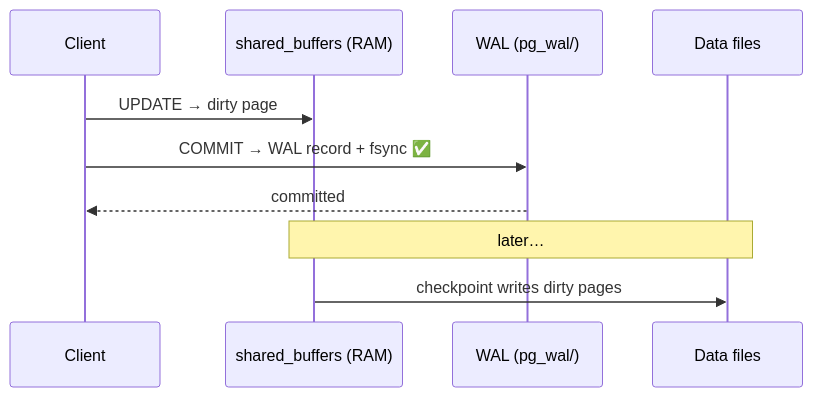
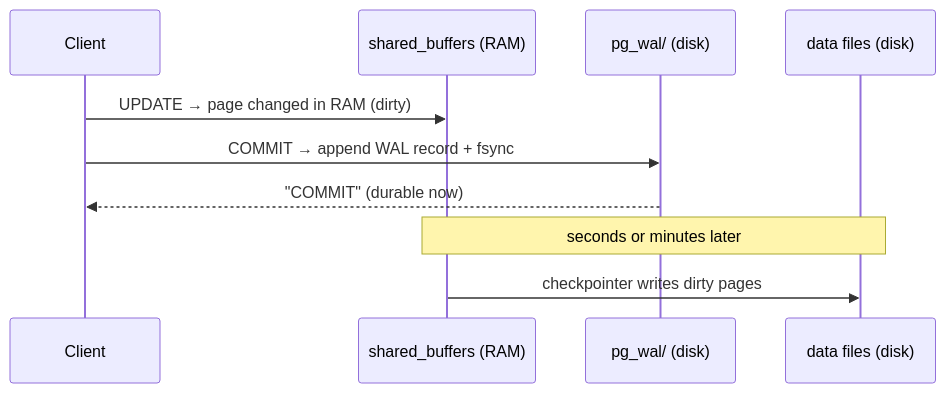
The first of 3 diagrams in Doc/07-internals/02-wal.md (wesamkhateeb98-creator/postgresql-zero-to-hero), drawn with Mermaid before and after one commit. The commit also changed other lines of this file and 29 other files, not shown here.

````diff
--- a/Doc/07-internals/02-wal.md
+++ b/Doc/07-internals/02-wal.md
@@ -5,12 +5,12 @@
 ```mermaid
 sequenceDiagram
     participant C as Client
     participant B as shared_buffers (RAM)
-    participant W as WAL (pg_wal/)
-    participant D as Data files
-    C->>B: UPDATE → dirty page
-    C->>W: COMMIT → WAL record + fsync ✅
-    W-->>C: committed
-    Note over B,D: later…
-    B->>D: checkpoint writes dirty pages
+    participant W as pg_wal/ (disk)
+    participant D as data files (disk)
+    C->>B: UPDATE → page changed in RAM (dirty)
+    C->>W: COMMIT → append WAL record + fsync
+    W-->>C: "COMMIT" (durable now)
+    Note over B,D: seconds or minutes later
+    B->>D: checkpointer writes dirty pages
 ```
````
